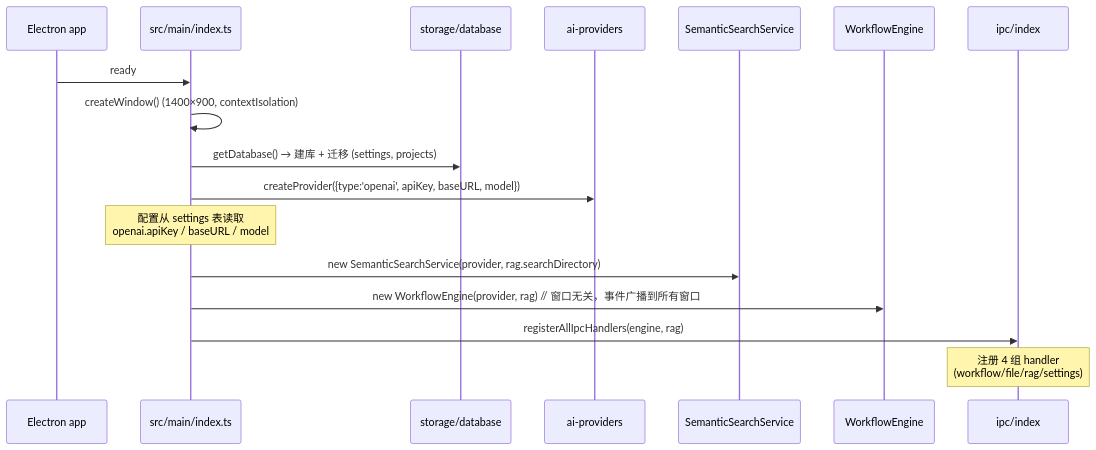
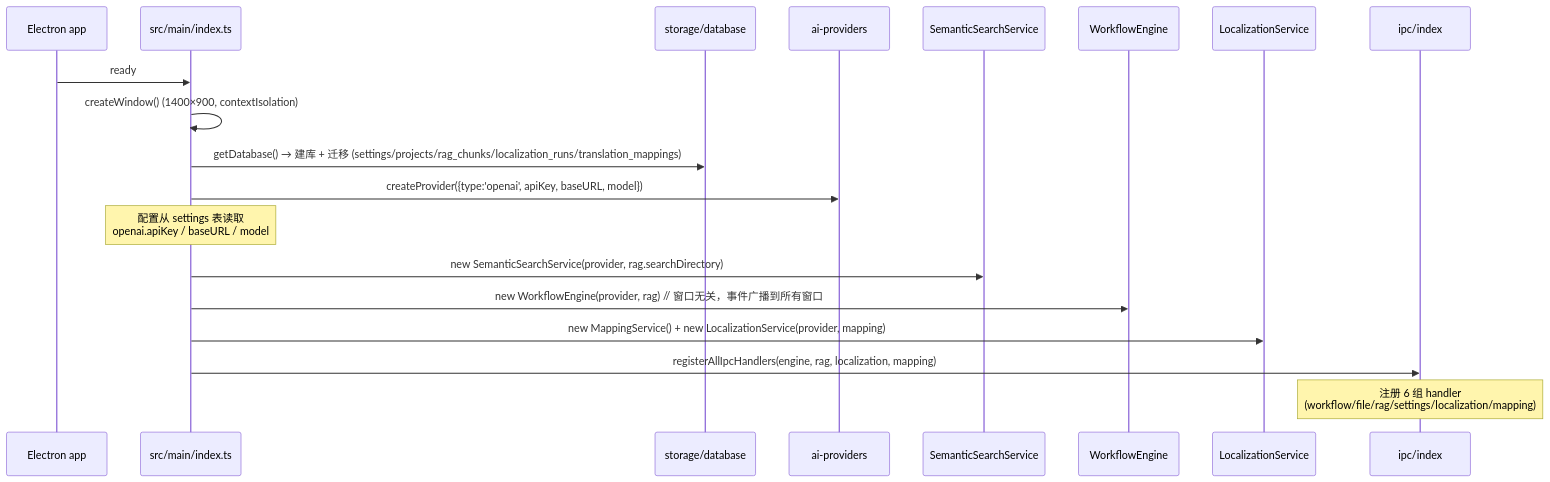
The second of 5 diagrams in docs/architecture/02-architecture.md (lazyloadbox/smart-tech-writter), drawn with Mermaid before and after one commit. The commit also changed other lines of this file and 101 other files, not shown here.

````diff
--- a/docs/architecture/02-architecture.md
+++ b/docs/architecture/02-architecture.md
@@ -43,20 +44,22 @@
 ```mermaid
 sequenceDiagram
     participant App as Electron app
     participant Main as src/main/index.ts
     participant DB as storage/database
     participant Prov as ai-providers
     participant Rag as SemanticSearchService
     participant Eng as WorkflowEngine
+    participant Loc as LocalizationService
     participant IPC as ipc/index
 
     App->>Main: ready
     Main->>Main: createWindow() (1400×900, contextIsolation)
-    Main->>DB: getDatabase() → 建库 + 迁移 (settings, projects)
+    Main->>DB: getDatabase() → 建库 + 迁移 (settings/projects/rag_chunks/localization_runs/translation_mappings)
     Main->>Prov: createProvider({type:'openai', apiKey, baseURL, model})
     Note over Main: 配置从 settings 表读取<br/>openai.apiKey / baseURL / model
     Main->>Rag: new SemanticSearchService(provider, rag.searchDirectory)
     Main->>Eng: new WorkflowEngine(provider, rag)  // 窗口无关，事件广播到所有窗口
-    Main->>IPC: registerAllIpcHandlers(engine, rag)
-    Note over IPC: 注册 4 组 handler<br/>(workflow/file/rag/settings)
+    Main->>Loc: new MappingService() + new LocalizationService(provider, mapping)
+    Main->>IPC: registerAllIpcHandlers(engine, rag, localization, mapping)
+    Note over IPC: 注册 6 组 handler<br/>(workflow/file/rag/settings/localization/mapping)
 ```
````
